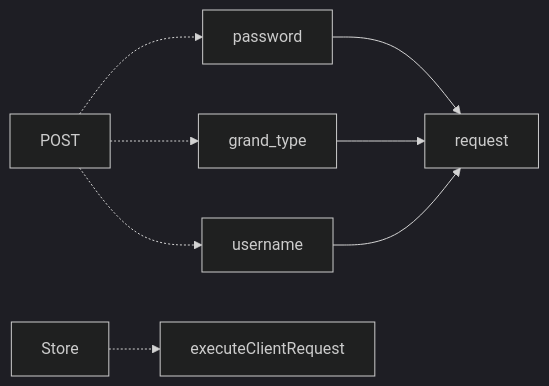
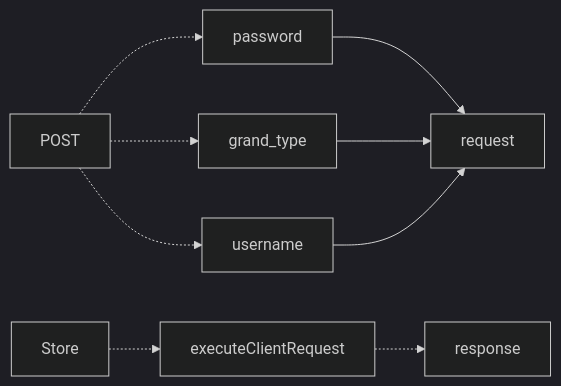
One commit to gordianknotC/nxp_note changed the tenth of 11 diagrams in newage/astro.md. Above: the diagram before and after it, drawn with Mermaid (dark theme). The commit also changed other lines of this file, not shown here.

````diff
--- a/newage/astro.md
+++ b/newage/astro.md
@@ -145,14 +145,15 @@
 ```mermaid
 graph LR
-Store
 
 POST
 POST -.-> username
 POST -.-> password
 POST -.-> grand_type
 password --> request
 grand_type --> request
 username --> request
+
+Store
 Store -.-> executeClientRequest
-
+executeClientRequest -.-> response
 ```
````
